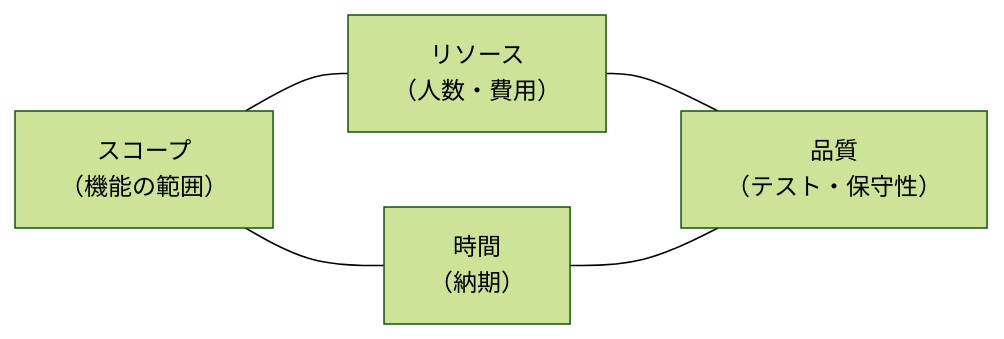
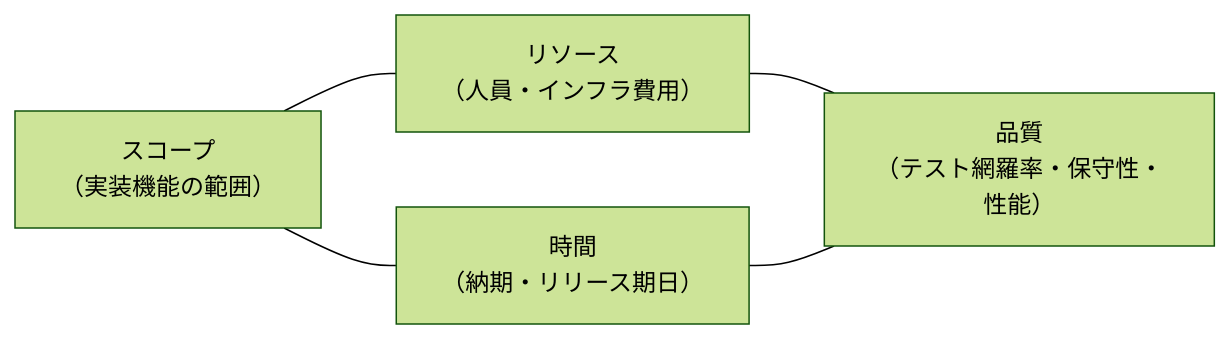
One commit to MasuqaT-NET/Zenn-contents changed the second of 2 diagrams in books/project-management-as-dandori/3.outline.md. Above: the diagram before and after it, drawn with Mermaid (forest theme). The commit also changed other lines of this file and 7 other files, not shown here.

````diff
--- a/books/project-management-as-dandori/3.outline.md
+++ b/books/project-management-as-dandori/3.outline.md
@@ -59,7 +42,7 @@
 ```mermaid
 flowchart LR
-    scope["スコープ<br>（機能の範囲）"] --- time["時間<br>（納期）"]
-    budget["リソース<br>（人数・費用）"] --- quality["品質<br>（テスト・保守性）"]
+    scope["スコープ<br>（実装機能の範囲）"] --- time["時間<br>（納期・リリース期日）"]
+    budget["リソース<br>（人員・インフラ費用）"] --- quality["品質<br>（テスト網羅率・保守性・性能）"]
     scope --- budget
     time --- quality
 ```
````
